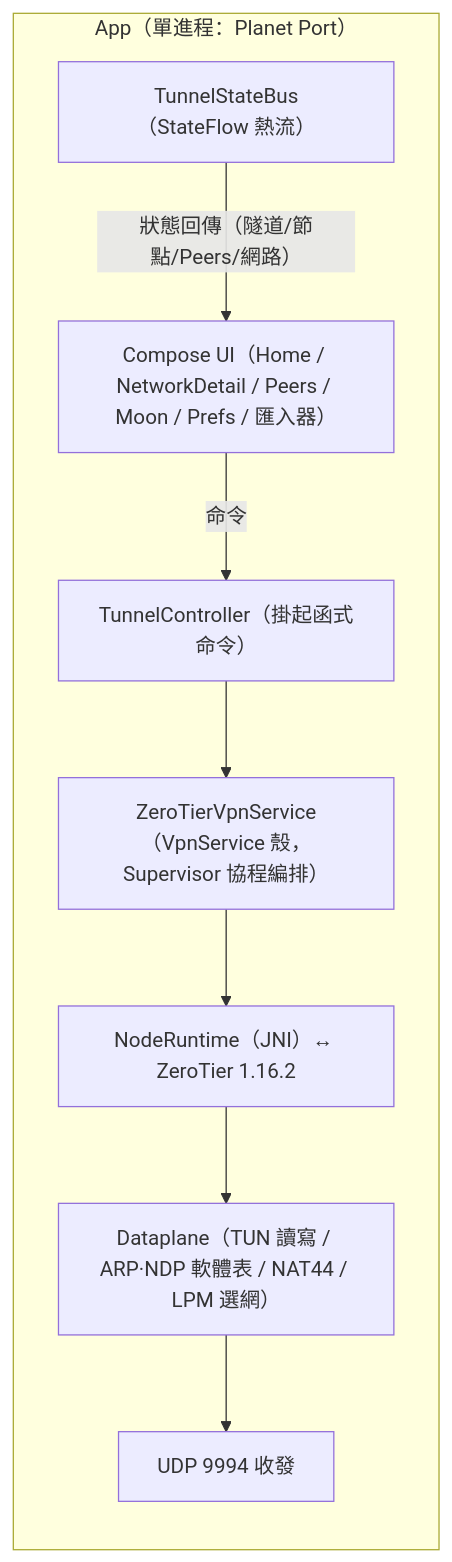
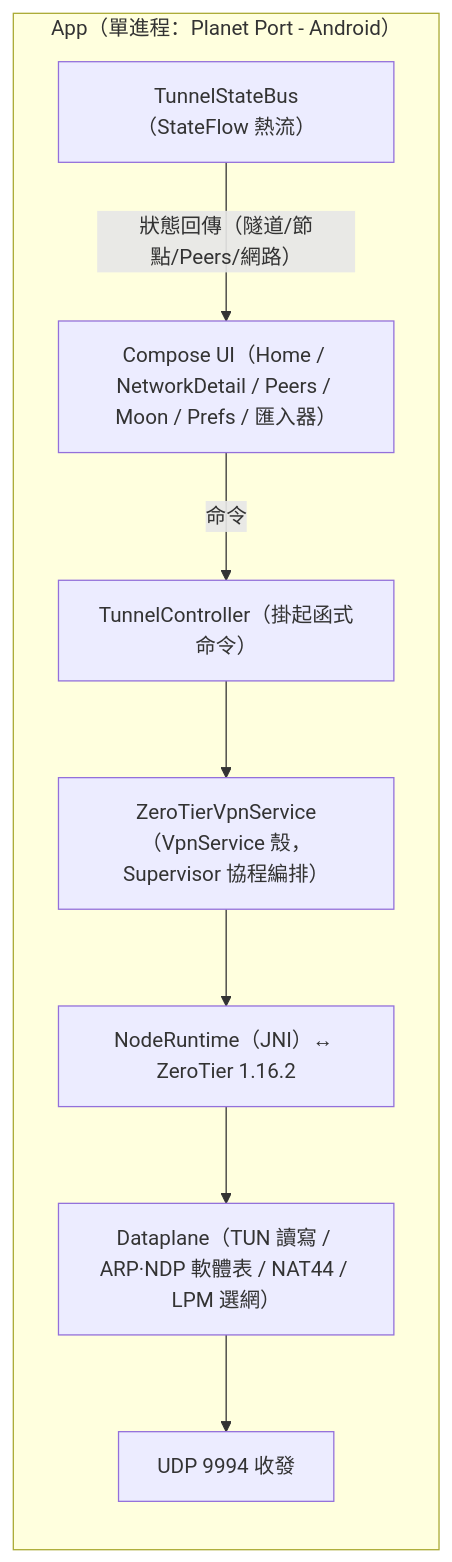
One commit to planet-port/planet-port-android changed the diagram in README.zh-Hant.md. Above: the diagram before and after it, drawn with Mermaid. The commit also changed other lines of this file and 3 other files, not shown here.

First line of the commit message:
docs(readme): 软件名称定为 Planet Port - Android，分支更名同步 CI

````diff
--- a/README.zh-Hant.md
+++ b/README.zh-Hant.md
@@ -63,14 +63,14 @@
 ```mermaid
 flowchart LR
-    subgraph App["App（單進程：Planet Port）"]
+    subgraph App["App（單進程：Planet Port - Android）"]
         UI["Compose UI（Home / NetworkDetail / Peers / Moon / Prefs / 匯入器）"]
         TC["TunnelController（掛起函式命令）"]
         VPN["ZeroTierVpnService（VpnService 殼，Supervisor 協程編排）"]
         RT["NodeRuntime（JNI）↔ ZeroTier 1.16.2"]
         DP["Dataplane（TUN 讀寫 / ARP·NDP 軟體表 / NAT44 / LPM 選網）"]
         UDP["UDP 9994 收發"]
         BUS["TunnelStateBus（StateFlow 熱流）"]
     end
     UI -- "命令" --> TC --> VPN --> RT --> DP --> UDP
     BUS -- "狀態回傳（隧道/節點/Peers/網路）" --> UI
 ```
````
